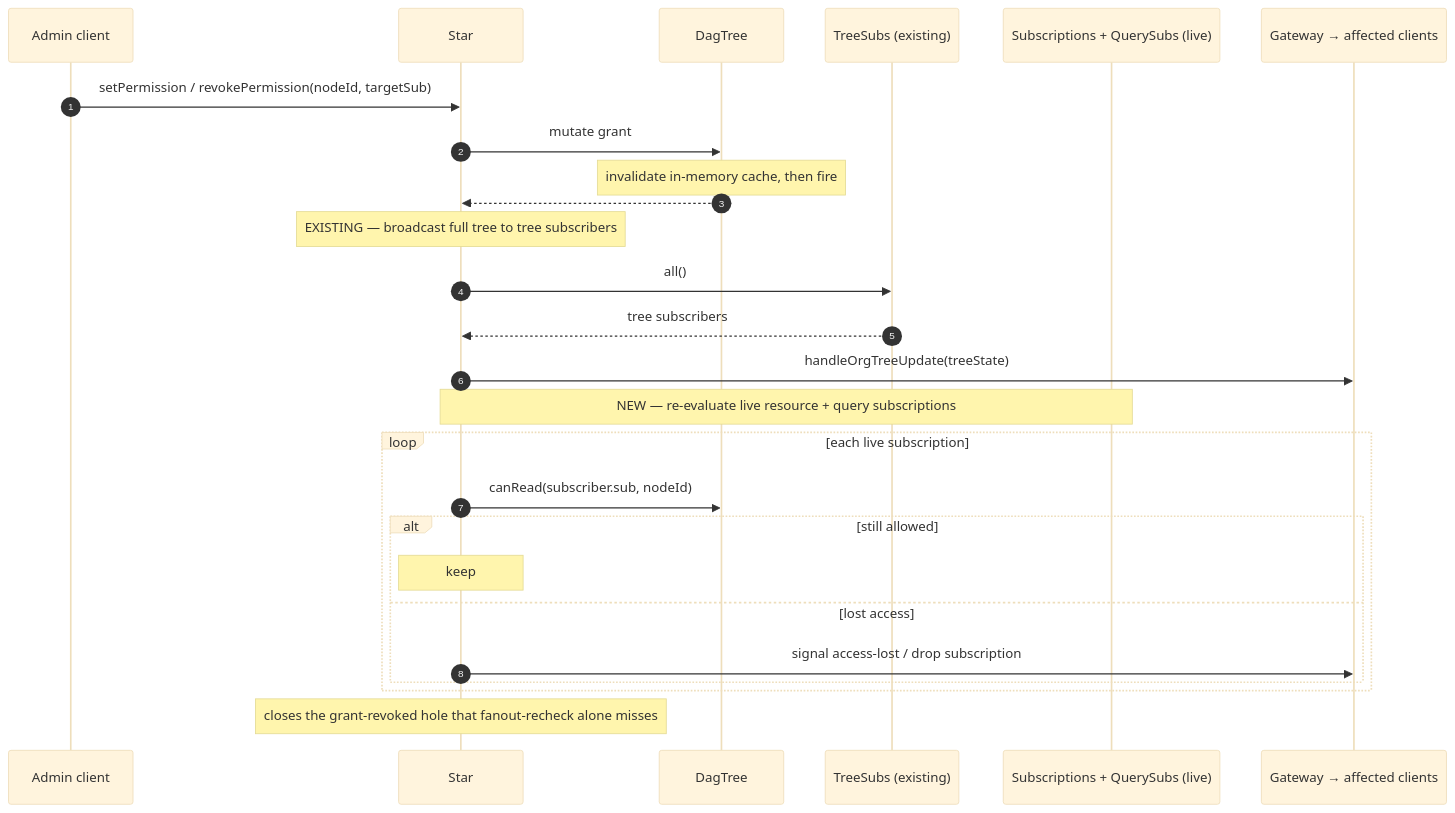
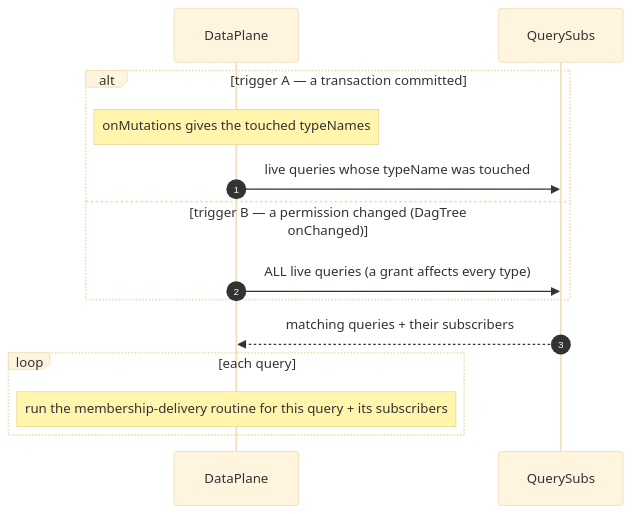
The fourth of 4 diagrams in tasks/nebula-query-subscriptions.md (lumenize/lumenize), drawn with Mermaid (base theme) before and after one commit. The commit also changed other lines of this file and 2 other files, not shown here.

First line of the commit message:
docs(pre-alpha): Child 2 query-subscriptions reviewed + build-ready (D1-D17, Phases 0-6)

````diff
--- a/tasks/nebula-query-subscriptions.md
+++ b/tasks/nebula-query-subscriptions.md
@@ -167,29 +149,17 @@
 ```mermaid
 sequenceDiagram
     autonumber
-    participant A as Admin client
-    participant ST as Star
-    participant DT as DagTree
-    participant TS as TreeSubs (existing)
-    participant LV as Subscriptions + QuerySubs (live)
-    participant GW as Gateway → affected clients
+    participant DataPlane
+    participant QS as QuerySubs
 
-    A->>ST: setPermission / revokePermission(nodeId, targetSub)
-    ST->>DT: mutate grant
-    Note over DT: invalidate in-memory cache, then fire #onChanged
-    DT-->>ST: #onDagChanged()
-    Note over ST: EXISTING — broadcast full tree to tree subscribers
-    ST->>TS: all()
-    TS-->>ST: tree subscribers
-    ST->>GW: handleOrgTreeUpdate(treeState)
-    Note over ST,LV: NEW — re-evaluate live resource + query subscriptions
-    loop each live subscription
-        ST->>DT: canRead(subscriber.sub, nodeId)
-        alt still allowed
-            Note over ST: keep
-        else lost access
-            ST->>GW: signal access-lost / drop subscription
-        end
+    alt trigger A — a transaction committed
+        Note over DataPlane: onMutations gives the touched typeNames
+        DataPlane->>QS: live queries whose typeName was touched
+    else trigger B — a permission changed (DagTree onChanged)
+        DataPlane->>QS: ALL live queries (a grant affects every type)
     end
-    Note over ST: closes the grant-revoked hole that fanout-recheck alone misses
+    QS-->>DataPlane: matching queries + their subscribers
+    loop each query
+        Note over DataPlane: run the membership-delivery routine for this query + its subscribers
+    end
 ```
````
